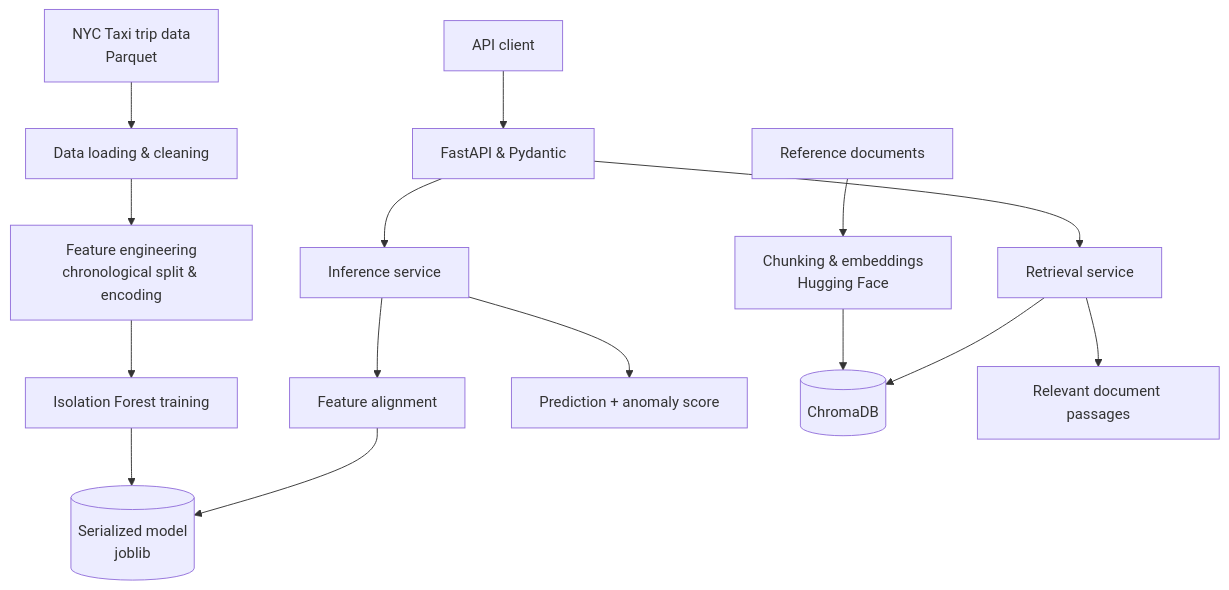
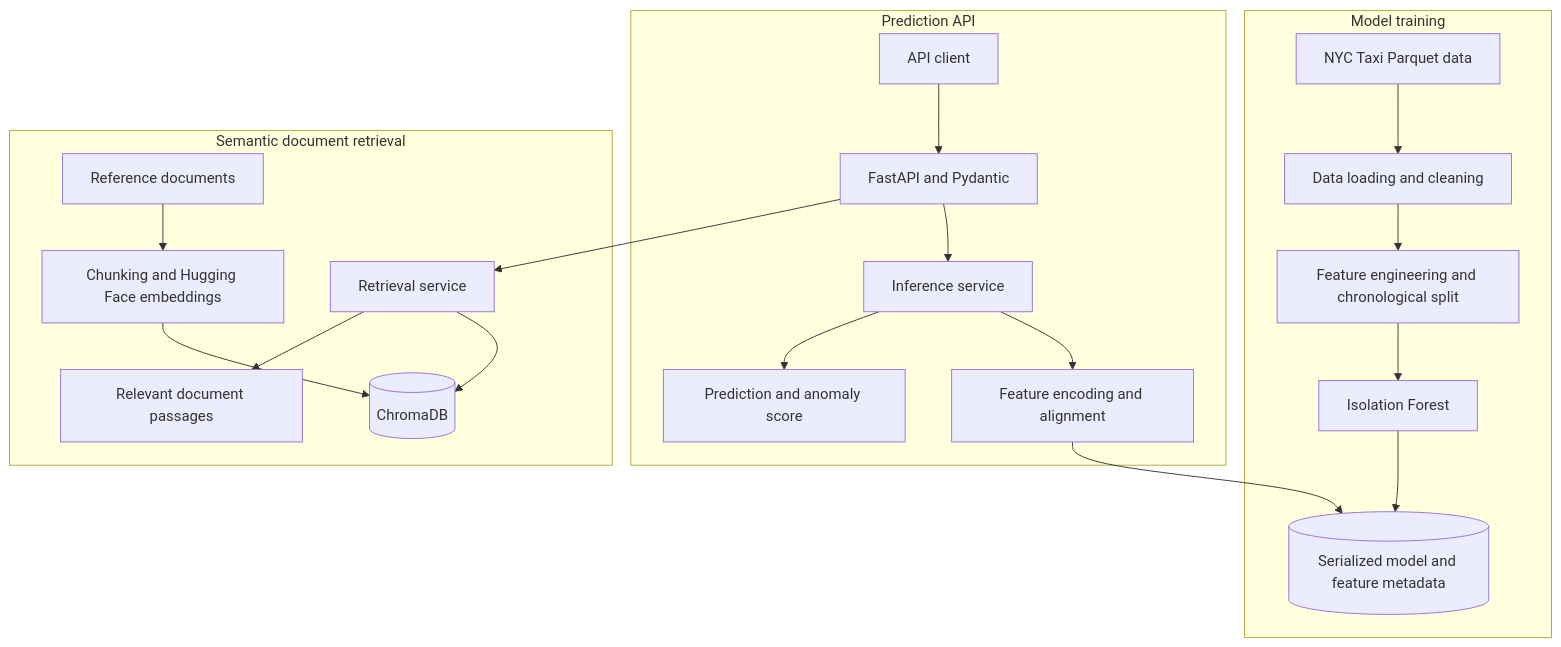
One commit to HAIBALLA1/FareAudit-ai changed the first of 2 diagrams in README.md. Above: the diagram before and after it, drawn with Mermaid. The commit also changed other lines of this file, not shown here.

````diff
--- a/README.md
+++ b/README.md
@@ -38,19 +37,25 @@
 ```mermaid
 flowchart TD
-    A[NYC Taxi trip data<br/>Parquet] --> B[Data loading & cleaning]
-    B --> C[Feature engineering<br/>chronological split & encoding]
-    C --> D[Isolation Forest training]
-    D --> E[(Serialized model<br/>joblib)]
+    subgraph Training[Model training]
+        A[NYC Taxi Parquet data] --> B[Data loading and cleaning]
+        B --> C[Feature engineering and chronological split]
+        C --> D[Isolation Forest]
+        D --> E[(Serialized model and feature metadata)]
+    end
 
-    F[API client] --> G[FastAPI & Pydantic]
-    G --> H[Inference service]
-    H --> I[Feature alignment]
-    I --> E
-    H --> J[Prediction + anomaly score]
+    subgraph Serving[Prediction API]
+        F[API client] --> G[FastAPI and Pydantic]
+        G --> H[Inference service]
+        H --> I[Feature encoding and alignment]
+        I --> E
+        H --> J[Prediction and anomaly score]
+    end
 
-    K[Reference documents] --> L[Chunking & embeddings<br/>Hugging Face]
-    L --> M[(ChromaDB)]
-    G --> N[Retrieval service]
-    N --> M
-    N --> O[Relevant document passages]
+    subgraph Retrieval[Semantic document retrieval]
+        K[Reference documents] --> L[Chunking and Hugging Face embeddings]
+        L --> M[(ChromaDB)]
+        G --> N[Retrieval service]
+        N --> M
+        N --> O[Relevant document passages]
+    end
 ```
````
